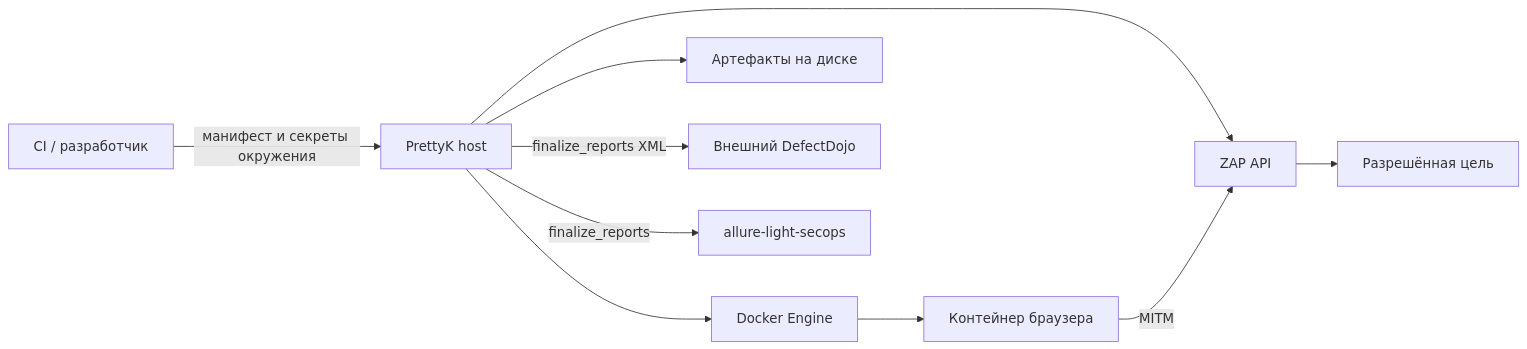
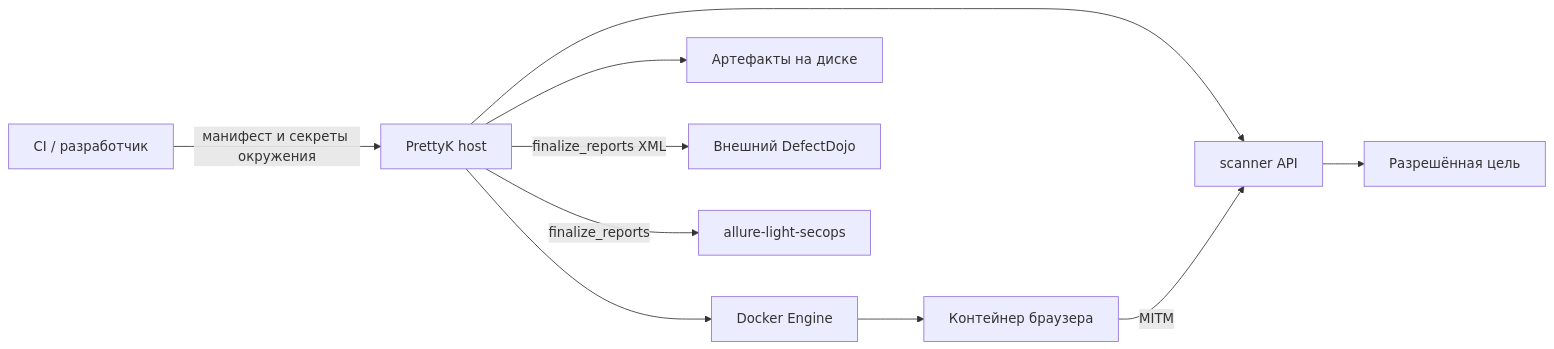
The third of 3 diagrams in docs/prettyk.md (prettyk-io/prettyk-secops), drawn with Mermaid before and after one commit. The commit also changed other lines of this file and 638 other files, not shown here.

````diff
--- a/docs/prettyk.md
+++ b/docs/prettyk.md
@@ -274,12 +274,12 @@
 ```mermaid
 flowchart LR
   CI[CI / разработчик] -->|манифест и секреты окружения| Host[PrettyK host]
   Host --> Docker[Docker Engine]
   Docker --> Browser[Контейнер браузера]
-  Host --> ZAP[ZAP API]
-  Browser -->|MITM| ZAP
-  ZAP --> Target[Разрешённая цель]
+  Host --> scanner[scanner API]
+  Browser -->|MITM| scanner
+  scanner --> Target[Разрешённая цель]
   Host --> Artifacts[Артефакты на диске]
   Host -->|finalize_reports XML| Dojo[Внешний DefectDojo]
   Host -->|finalize_reports| AllureLite[allure-light-secops]
 ```
````
